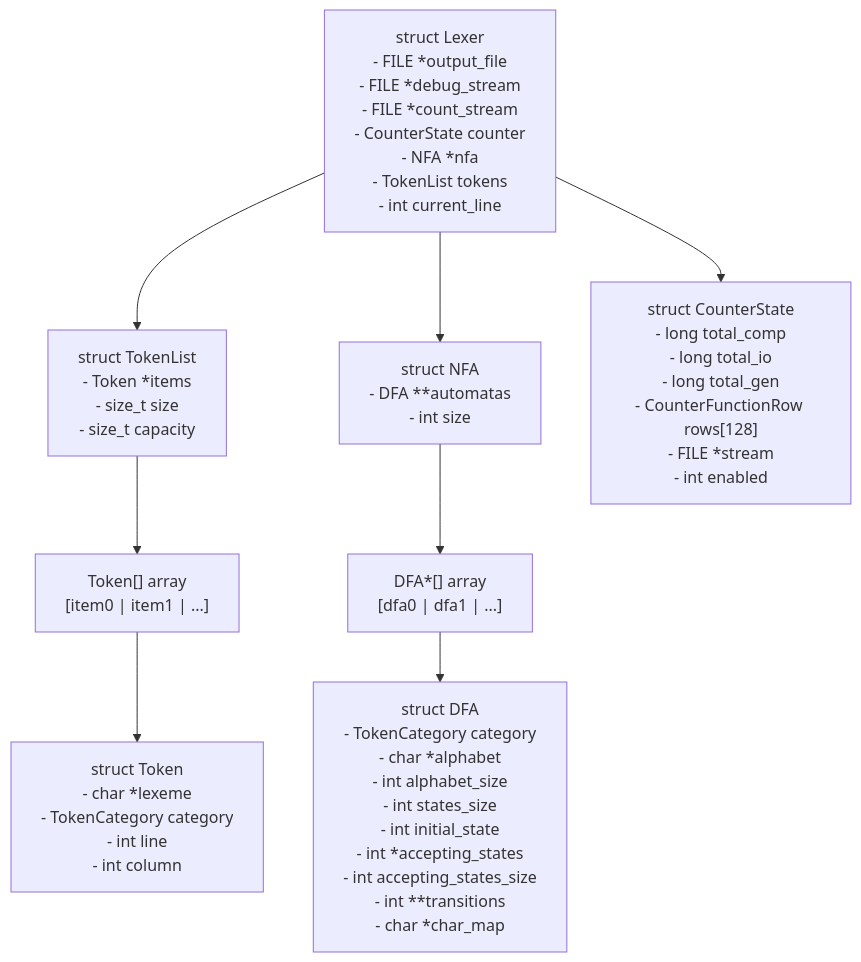
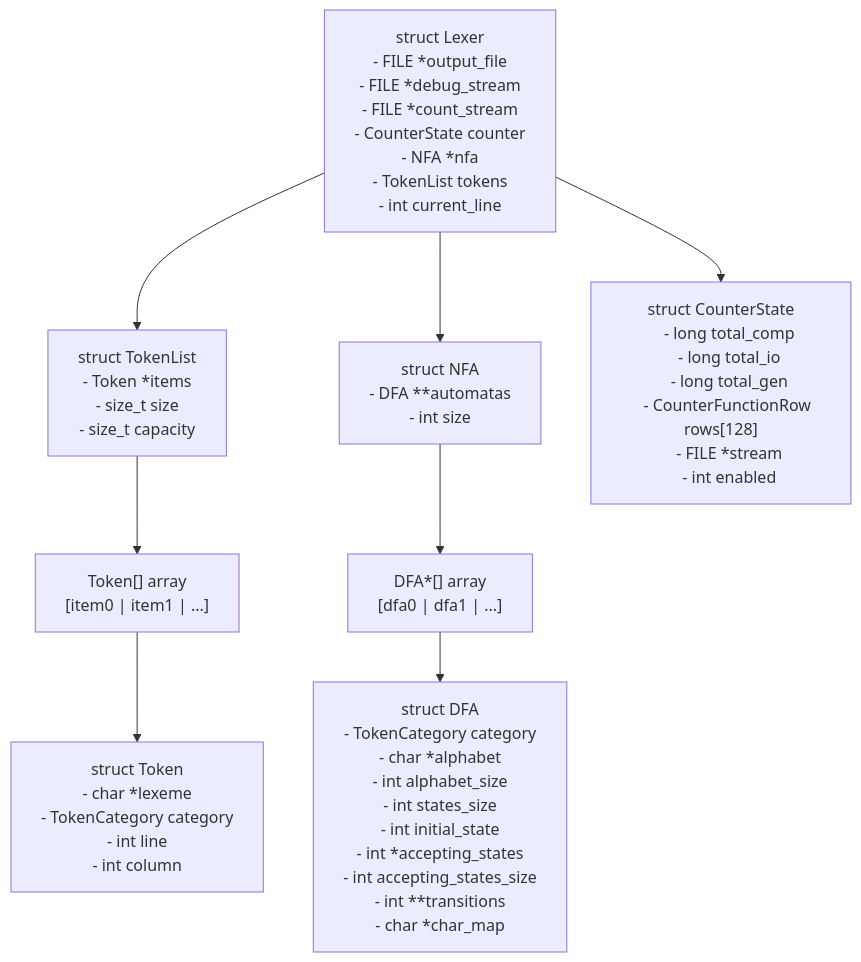
One commit to TtVicens41/compilers-group-GF changed the third of 4 diagrams in p2lx/Module Diagrams.md. Above: the diagram before and after it, drawn with Mermaid. The commit also changed other lines of this file, not shown here.

Commit message:
Format and update module diagrams removing \n

````diff
--- a/p2lx/Module Diagrams.md
+++ b/p2lx/Module Diagrams.md
@@ -45,22 +65,55 @@
 ```mermaid
 graph TD
-    LEX["struct Lexer\n- FILE *output_file\n- FILE *debug_stream\n- FILE *count_stream\n- CounterState counter\n- NFA *nfa\n- TokenList tokens\n- int current_line"]
+    LEX["struct Lexer
+    - FILE *output_file
+    - FILE *debug_stream
+    - FILE *count_stream
+    - CounterState counter
+    - NFA *nfa
+    - TokenList tokens
+    - int current_line"]
 
-    TOKLIST["struct TokenList\n- Token *items\n- size_t size\n- size_t capacity"]
-    TOKARR["Token[] array\n[item0 | item1 | ...]"]
-    TOK["struct Token\n- char *lexeme\n- TokenCategory category\n- int line\n- int column"]
+    TOKLIST["struct TokenList
+    - Token *items
+    - size_t size
+    - size_t capacity"]
+    TOKARR["Token[] array
+    [item0 | item1 | ...]"]
+    TOK["struct Token
+    - char *lexeme
+    - TokenCategory category
+    - int line
+    - int column"]
 
-    NFA["struct NFA\n- DFA **automatas\n- int size"]
-    DFAARR["DFA*[] array\n[dfa0 | dfa1 | ...]"]
-    DFA["struct DFA\n- TokenCategory category\n- char *alphabet\n- int alphabet_size\n- int states_size\n- int initial_state\n- int *accepting_states\n- int accepting_states_size\n- int **transitions\n- char *char_map"]
+    NFA["struct NFA
+    - DFA **automatas
+    - int size"]
+    DFAARR["DFA*[] array
+    [dfa0 | dfa1 | ...]"]
+    DFA["struct DFA
+    - TokenCategory category
+    - char *alphabet
+    - int alphabet_size
+    - int states_size
+    - int initial_state
+    - int *accepting_states
+    - int accepting_states_size
+    - int **transitions
+    - char *char_map"]
 
-    CNT["struct CounterState\n- long total_comp\n- long total_io\n- long total_gen\n- CounterFunctionRow rows[128]\n- FILE *stream\n- int enabled"]
+    CNT["struct CounterState
+    - long total_comp
+    - long total_io
+    - long total_gen
+    - CounterFunctionRow rows[128]
+    - FILE *stream
+    - int enabled"]
 
     LEX --> TOKLIST
     TOKLIST --> TOKARR
     TOKARR --> TOK
     LEX --> NFA
     NFA --> DFAARR
     DFAARR --> DFA
     LEX --> CNT
 ```
````
